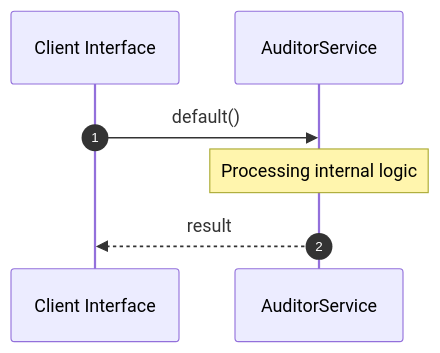
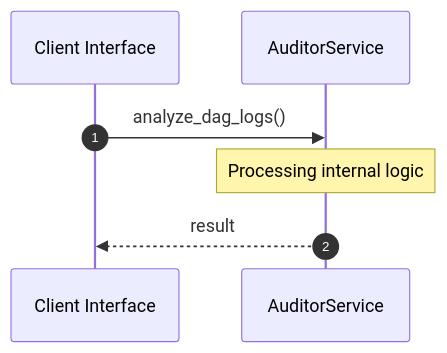
One commit to lgcorzo/rust_CACD_autonomous_factory changed the second of 2 diagrams in openwiki/crates_factory-application_src_agents_auditor_rs.md. Above: the diagram before and after it, drawn with Mermaid. The commit also changed other lines of this file and 76 other files, not shown here.

````diff
--- a/openwiki/crates_factory-application_src_agents_auditor_rs.md
+++ b/openwiki/crates_factory-application_src_agents_auditor_rs.md
@@ -192,10 +192,10 @@
 ```mermaid
 sequenceDiagram
     autonumber
     participant Caller as Client Interface
     participant Svc as AuditorService
-    Caller->>Svc: default()
+    Caller->>Svc: analyze_dag_logs()
     Note over Svc: Processing internal logic
     Svc-->>Caller: result
 
 ```
````
